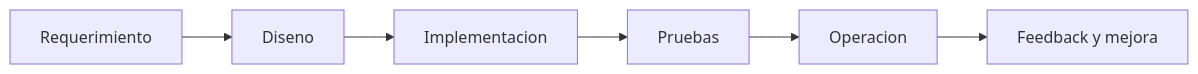
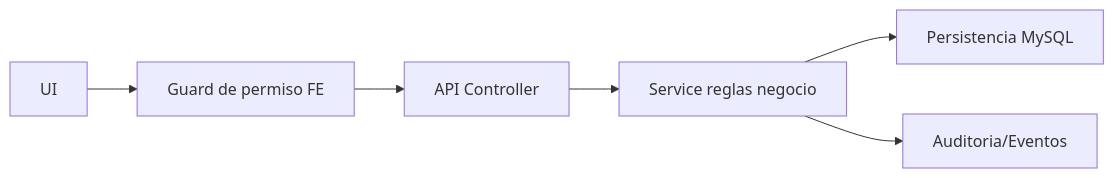
One commit to Robertoart13/NewKipital changed the diagram in docs/14-manual-tecnico/07-OPERACION-POR-MODULO.md. Above: the diagram before and after it, drawn with Mermaid. The commit also changed other lines of this file and 37 other files, not shown here.

````diff
--- a/docs/14-manual-tecnico/07-OPERACION-POR-MODULO.md
+++ b/docs/14-manual-tecnico/07-OPERACION-POR-MODULO.md
@@ -18,8 +18,8 @@
 ```mermaid
 flowchart LR
-  RQ[Requerimiento] --> DV[Diseno]
-  DV --> IM[Implementacion]
-  IM --> QA[Pruebas]
-  QA --> OP[Operacion]
-  OP --> FB[Feedback y mejora]
+  A[UI] --> B[Guard de permiso FE]
+  B --> C[API Controller]
+  C --> D[Service reglas negocio]
+  D --> E[Persistencia MySQL]
+  D --> F[Auditoria/Eventos]
 ```
````
